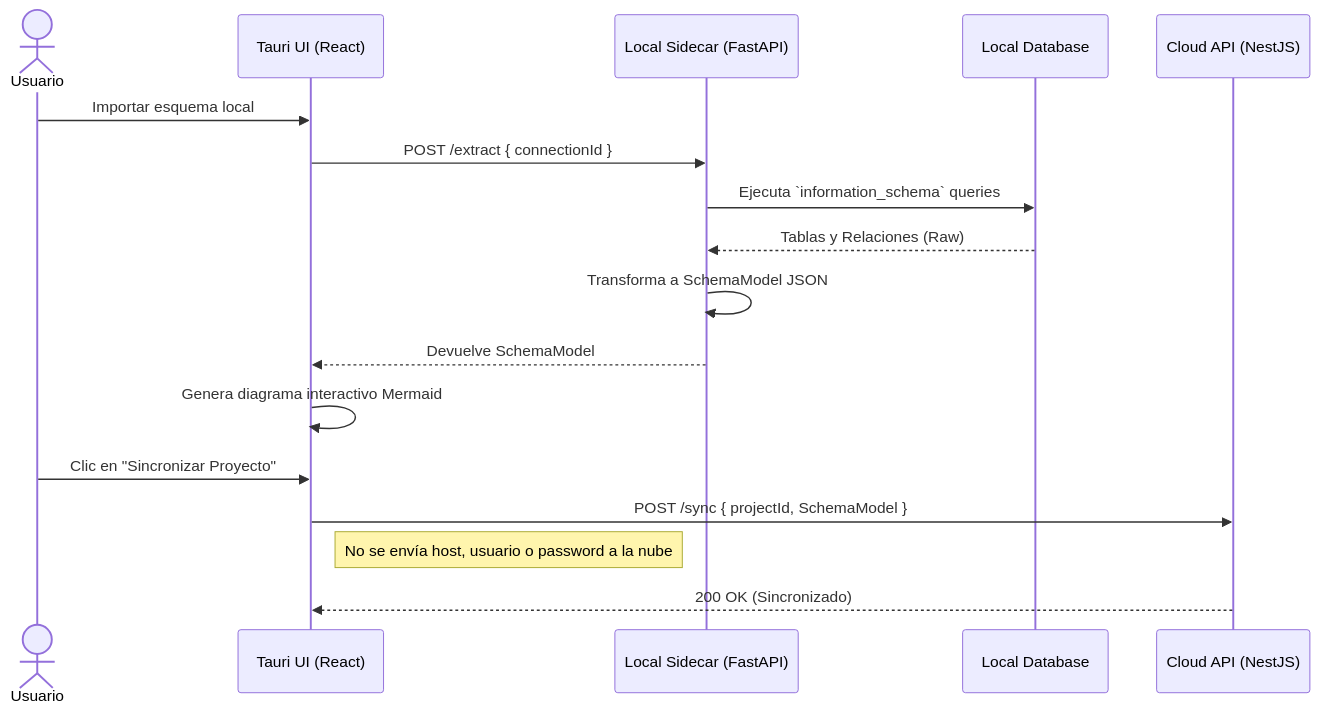
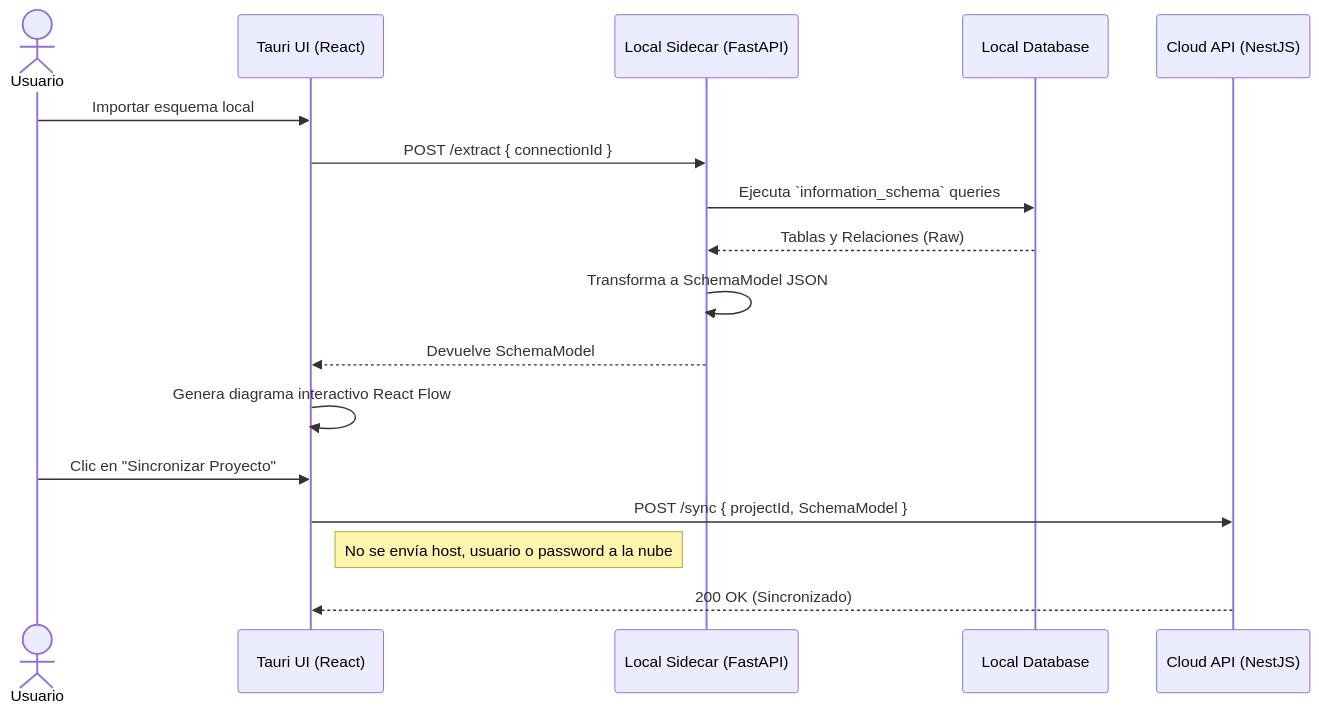
The third of 12 diagrams in docs/formatos/FD04-Informe-Arquitectura-Software.md (UPT-FAING-EPIS/proyecto-si783-2026-i-u3-generador_diagramas_bd), drawn with Mermaid before and after one commit. The commit also changed other lines of this file and 6 other files, not shown here.

````diff
--- a/docs/formatos/FD04-Informe-Arquitectura-Software.md
+++ b/docs/formatos/FD04-Informe-Arquitectura-Software.md
@@ -248,20 +248,20 @@
 ```mermaid
 sequenceDiagram
     actor Usuario
     participant UI as Tauri UI (React)
     participant SC as Local Sidecar (FastAPI)
     participant DB as Local Database
     participant CL as Cloud API (NestJS)
 
     Usuario ->> UI: Importar esquema local
     UI ->> SC: POST /extract { connectionId }
     SC ->> DB: Ejecuta `information_schema` queries
     DB -->> SC: Tablas y Relaciones (Raw)
     SC ->> SC: Transforma a SchemaModel JSON
     SC -->> UI: Devuelve SchemaModel
-    UI ->> UI: Genera diagrama interactivo Mermaid
+    UI ->> UI: Genera diagrama interactivo React Flow
     Usuario ->> UI: Clic en "Sincronizar Proyecto"
     UI ->> CL: POST /sync { projectId, SchemaModel }
     Note right of UI: No se envía host, usuario o password a la nube
     CL -->> UI: 200 OK (Sincronizado)
 ```
````
